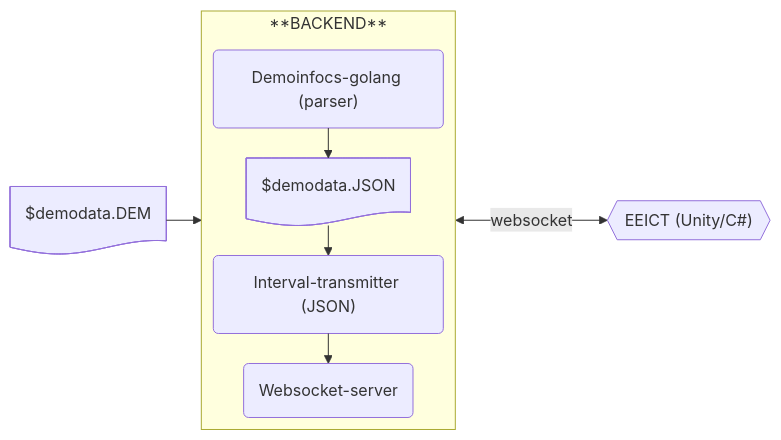
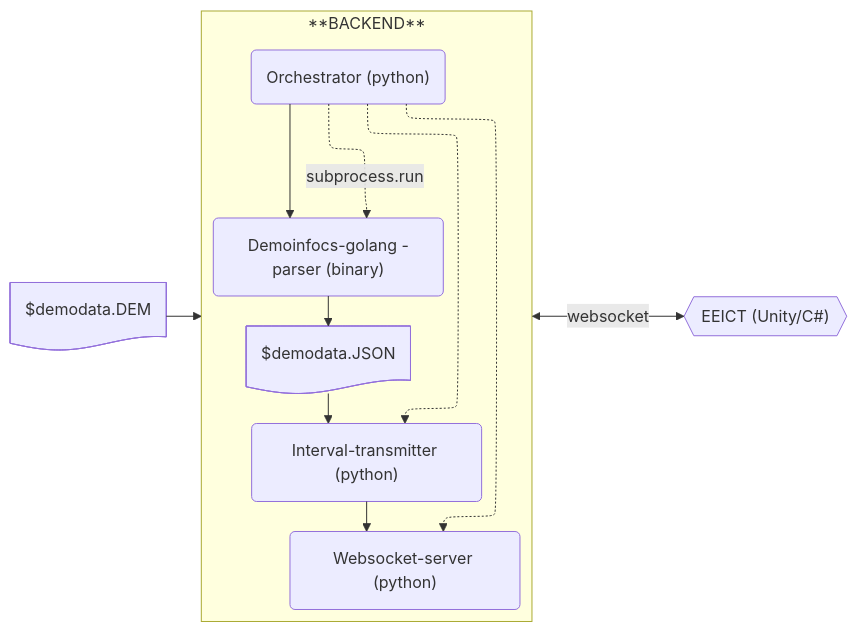
One commit to ohtuprojekti-Elisa/suunnitteludokumentaatio changed the diagram in tekninen_suunnittelu/backend/cs2-demodata_to_eeict.md. Above: the diagram before and after it, drawn with Mermaid. The commit also changed other lines of this file, not shown here.

Commit message:
Orchestrator lisätty

````diff
--- a/tekninen_suunnittelu/backend/cs2-demodata_to_eeict.md
+++ b/tekninen_suunnittelu/backend/cs2-demodata_to_eeict.md
@@ -6,24 +6,29 @@
 ```mermaid
 
 %%{init: {"flowchart": {"defaultRenderer": "elk"}} }%%
 
 flowchart LR
 
     A@{ shape: doc, label: "$demodata.DEM"}
     A --> bck
 
     subgraph bck [**BACKEND**]
+        orch("Orchestrator (python)")
+        orch -."subprocess.run".-> B
+        orch --> B
+        orch -.-> D
+        orch -.-> E
         direction TB
-        B("Demoinfocs-golang (parser)")
+        B("Demoinfocs-golang -parser (binary)")
         B --> C
         C@{ shape: doc, label: "$demodata.JSON"}
         C --> D
-        D("Interval-transmitter (JSON)") 
+        D("Interval-transmitter (python)") 
         D --> E
     end
 
-    E("Websocket-server")
+    E("Websocket-server (python)")
     bck <--"websocket"--> F
     F{{"EEICT (Unity/C#)"}}
-
+    
 ```
````
